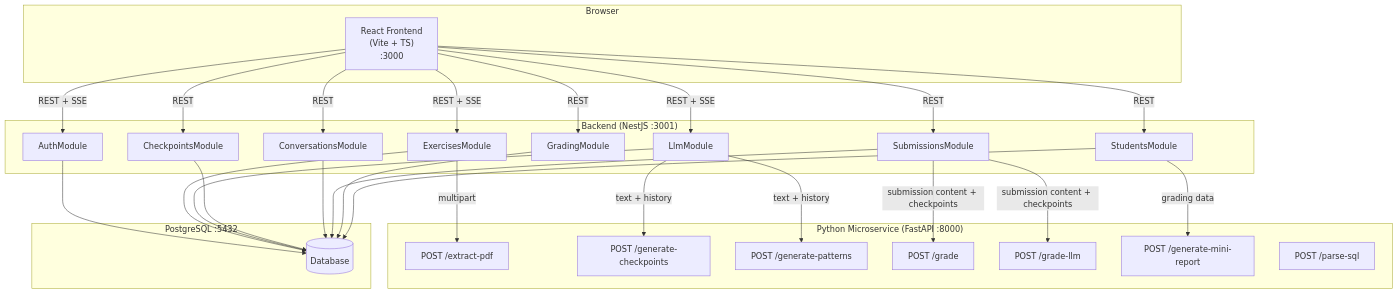
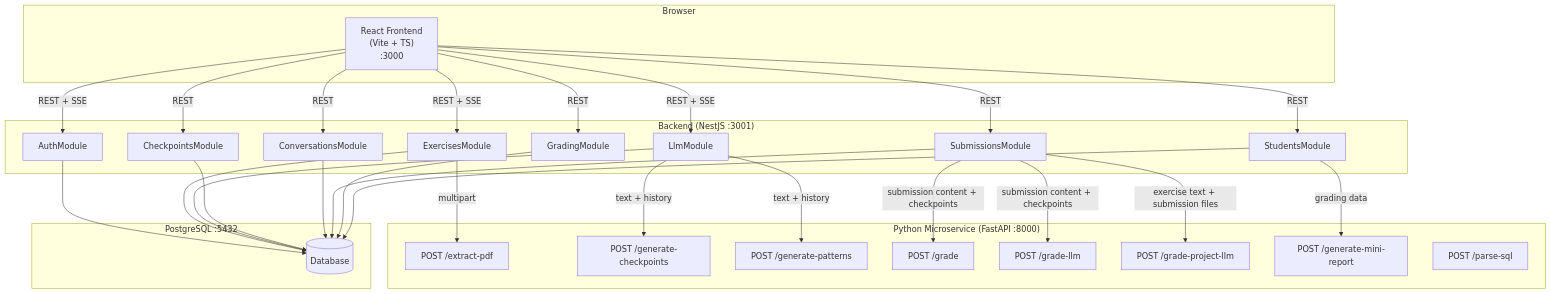
The first of 6 diagrams in docs/architecture.md (souleles/LLMexam), drawn with Mermaid before and after one commit. The commit also changed other lines of this file and 3 other files, not shown here.

Commit message:
feat: Enhance project grading with LLM question discovery and chunked processing

````diff
--- a/docs/architecture.md
+++ b/docs/architecture.md
@@ -8,56 +8,58 @@
 ```mermaid
 graph TB
     subgraph Browser
         FE["React Frontend<br/>(Vite + TS)<br/>:3000"]
     end
 
     subgraph "Backend (NestJS :3001)"
         AU[AuthModule]
         EM[ExercisesModule]
         LM[LlmModule]
         CM[CheckpointsModule]
         CV[ConversationsModule]
         SM[SubmissionsModule]
         GM[GradingModule]
         STM[StudentsModule]
     end
 
     subgraph "Python Microservice (FastAPI :8000)"
         EP[POST /extract-pdf]
         GC[POST /generate-checkpoints]
         GP[POST /generate-patterns]
         GR[POST /grade]
         GL[POST /grade-llm]
+        PGL[POST /grade-project-llm]
         MR[POST /generate-mini-report]
         PS[POST /parse-sql]
     end
 
     subgraph "PostgreSQL :5432"
         DB[(Database)]
     end
 
     FE -->|REST + SSE| AU
     FE -->|REST + SSE| EM
     FE -->|REST + SSE| LM
     FE -->|REST| CM
     FE -->|REST| CV
     FE -->|REST| SM
     FE -->|REST| GM
     FE -->|REST| STM
 
     EM -->|multipart| EP
     LM -->|text + history| GC
     LM -->|text + history| GP
     SM -->|submission content + checkpoints| GR
     SM -->|submission content + checkpoints| GL
+    SM -->|exercise text + submission files| PGL
     STM -->|grading data| MR
 
     AU --> DB
     EM --> DB
     LM --> DB
     CM --> DB
     CV --> DB
     SM --> DB
     GM --> DB
     STM --> DB
 ```
````
